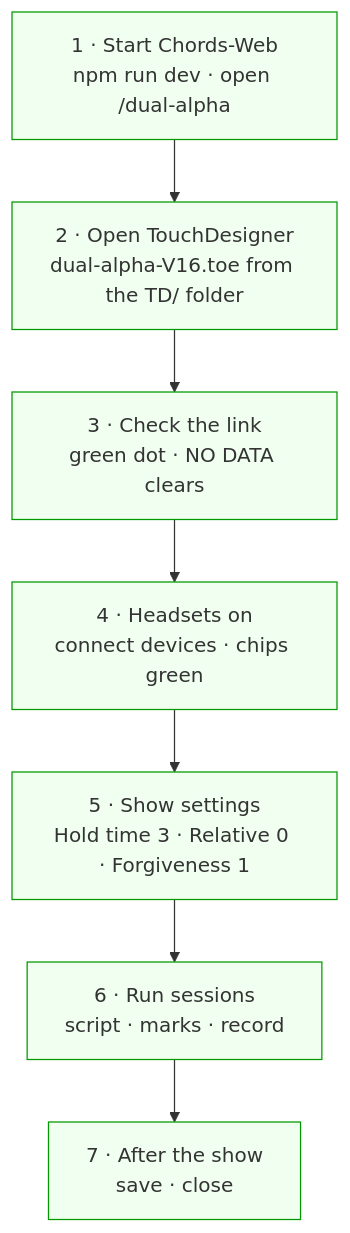
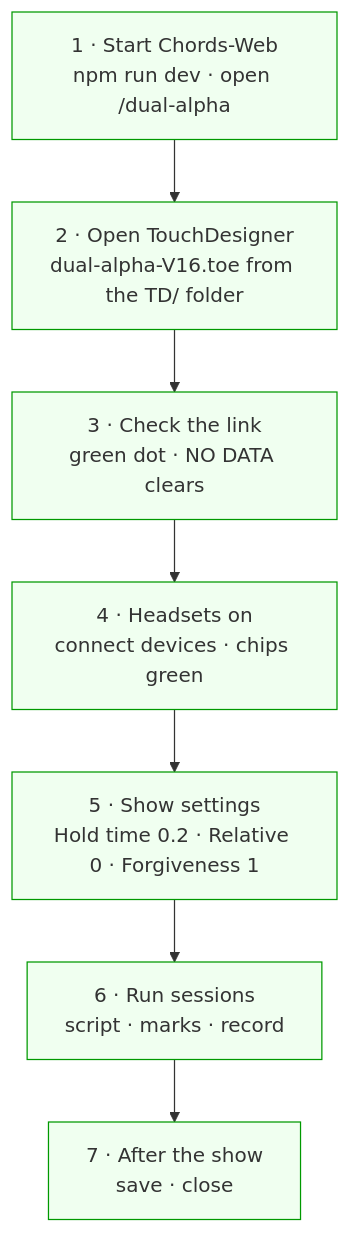
The first of 7 diagrams in touchdesigner/OPERATOR_GUIDE.md (brynbeaudry/Chords-Web), drawn with Mermaid before and after one commit. The commit also changed other lines of this file and 31 other files, not shown here.

````diff
--- a/touchdesigner/OPERATOR_GUIDE.md
+++ b/touchdesigner/OPERATOR_GUIDE.md
@@ -11,13 +11,13 @@
 ```mermaid
 flowchart TB
     A["1 · Start Chords-Web<br/>npm run dev · open /dual-alpha"]
     B["2 · Open TouchDesigner<br/>dual-alpha-V16.toe from the TD/ folder"]
     C["3 · Check the link<br/>green dot · NO DATA clears"]
     D["4 · Headsets on<br/>connect devices · chips green"]
-    E["5 · Show settings<br/>Hold time 3 · Relative 0 · Forgiveness 1"]
+    E["5 · Show settings<br/>Hold time 0.2 · Relative 0 · Forgiveness 1"]
     F["6 · Run sessions<br/>script · marks · record"]
     G["7 · After the show<br/>save · close"]
     A --> B --> C --> D --> E --> F --> G
     classDef step fill:#f0fff0,stroke:#090
     class A,B,C,D,E,F,G step
 ```
````
